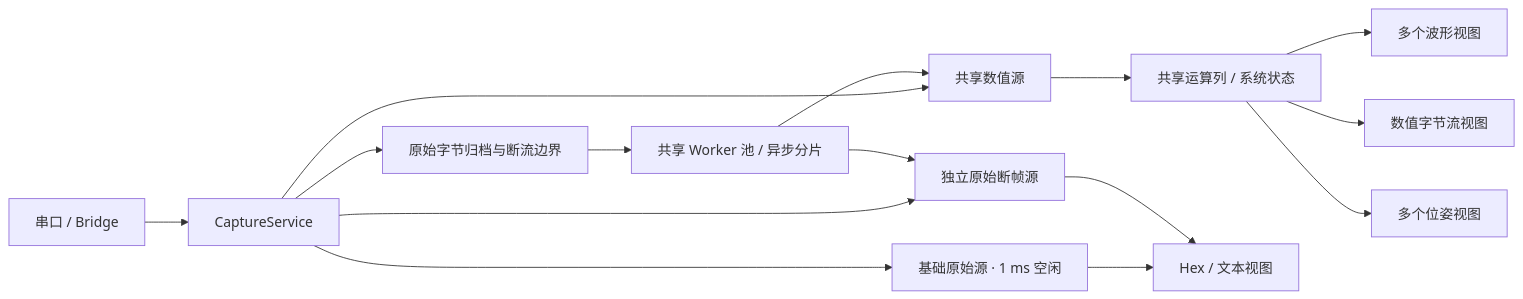
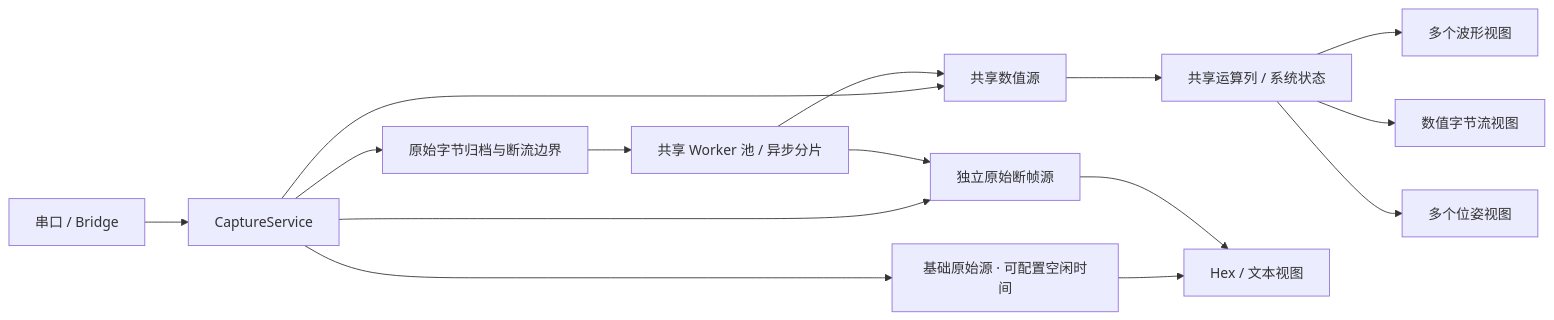
One commit to yssickjgd/serial_plotter changed the diagram in architecture.md. Above: the diagram before and after it, drawn with Mermaid. The commit also changed other lines of this file and 25 other files, not shown here.

````diff
--- a/architecture.md
+++ b/architecture.md
@@ -49,17 +49,17 @@
 ```mermaid
 flowchart LR
     IO[串口 / Bridge] --> Capture[CaptureService]
     Capture --> Archive[原始字节归档与断流边界]
     Capture --> Numeric[共享数值源]
-    Capture --> Base[基础原始源 · 1 ms 空闲]
+    Capture --> Base[基础原始源 · 可配置空闲时间]
     Capture --> Raw[独立原始断帧源]
     Numeric --> Computed[共享运算列 / 系统状态]
     Computed --> Waves[多个波形视图]
     Computed --> Numbers[数值字节流视图]
     Computed --> Poses[多个位姿视图]
     Base --> Bytes[Hex / 文本视图]
     Raw --> Bytes
     Archive --> Replay[共享 Worker 池 / 异步分片]
     Replay --> Numeric
     Replay --> Raw
 ```
````
